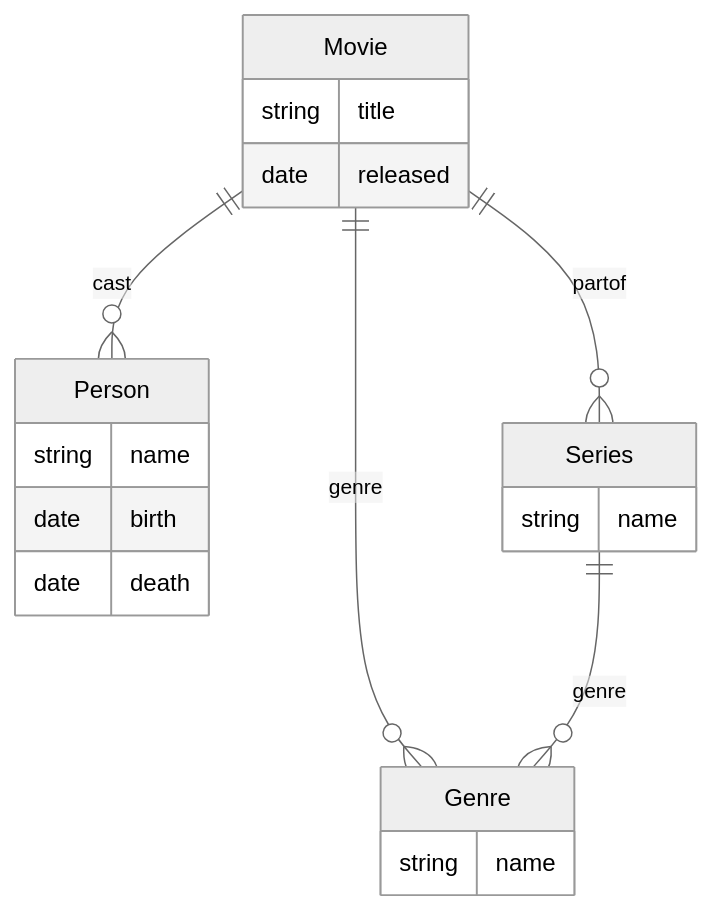
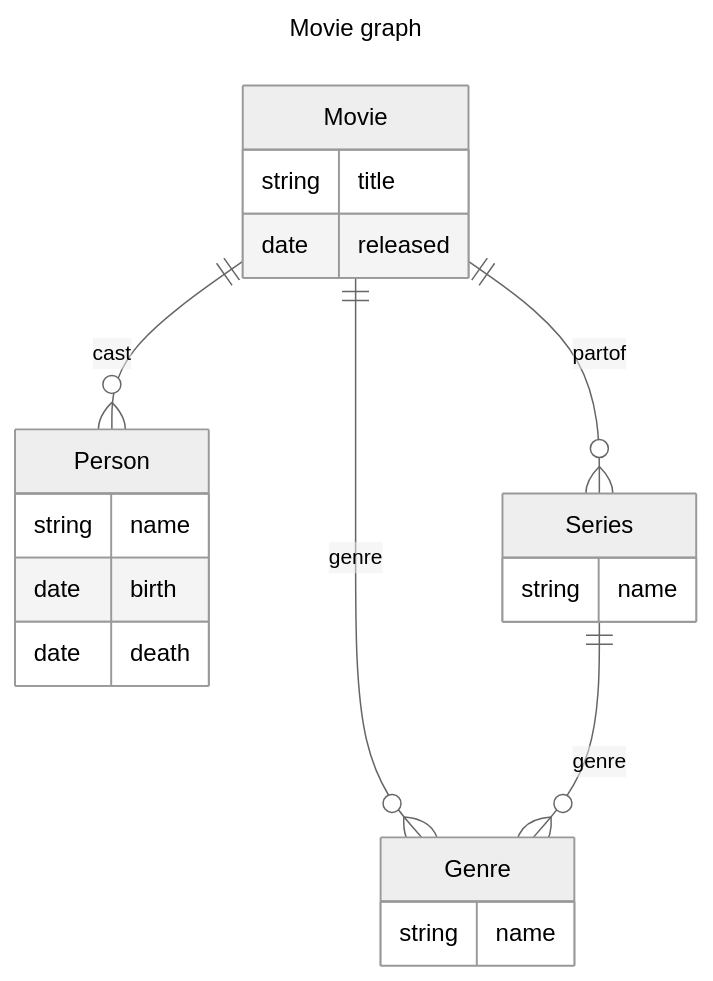
One commit to alexmilowski/milowski-journal changed the diagram in docs/balisage-2024/gql.md. Above: the diagram before and after it, drawn with Mermaid (neutral theme). The commit also changed other lines of this file and 2 other files, not shown here.

````diff
--- a/docs/balisage-2024/gql.md
+++ b/docs/balisage-2024/gql.md
@@ -64,24 +64,27 @@
 ```mermaid
+---
+title: Movie graph
+---
 erDiagram
 
    Movie ||--o{ Person : cast
    Movie ||--o{ Genre : genre
    Movie ||--o{ Series : partof
    Movie {
       string title
       date released
    }
    Person {
       string name
       date birth
       date death
    }
    Genre {
       string name
    }
    Series {
       string name
    }
    Series ||--o{ Genre : genre
 
 ```
````
